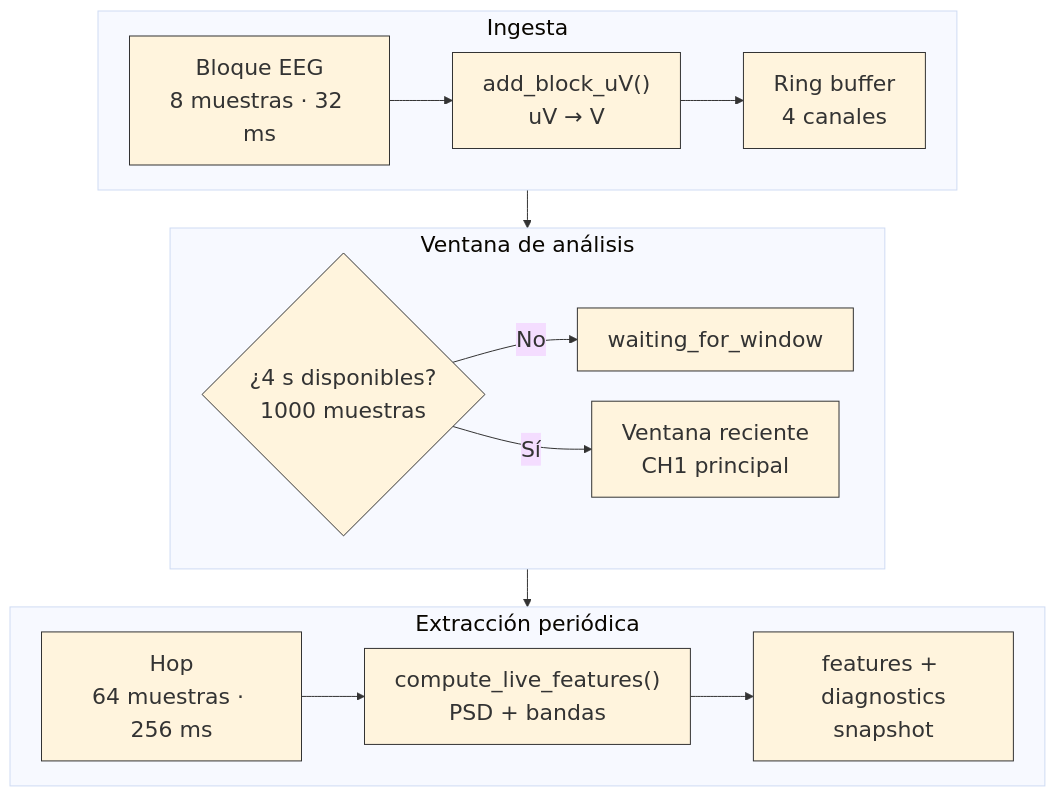
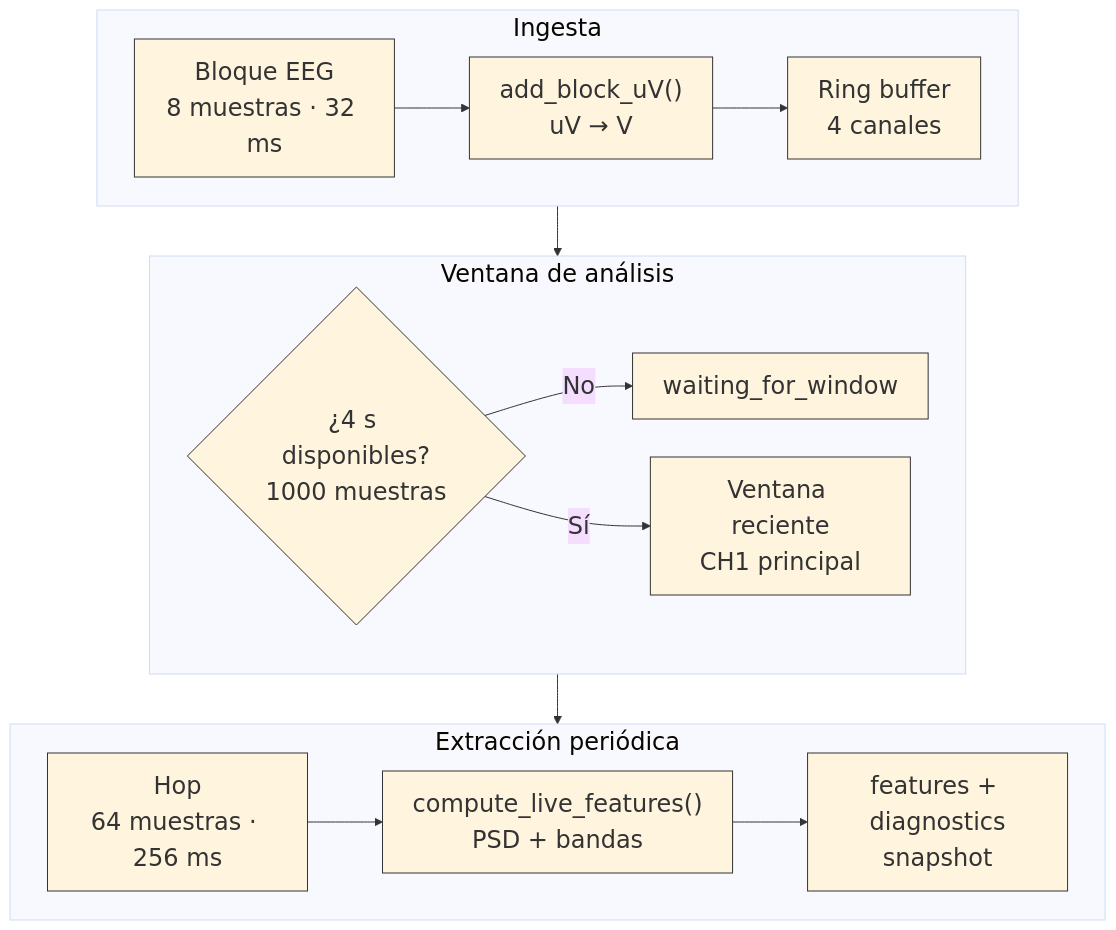
The diagram in TFG_EEG_MIDI/images/uml/impl_backend_buffer_ventana.mmd (valtorresm97/REDACCION-TFG), drawn with Mermaid before and after one commit.

Commit message:
Increase backend buffer diagram legibility

```diff
--- a/TFG_EEG_MIDI/images/uml/impl_backend_buffer_ventana.mmd
+++ b/TFG_EEG_MIDI/images/uml/impl_backend_buffer_ventana.mmd
@@ -1,22 +1,22 @@
-%%{init: {"theme": "base", "themeVariables": {"fontSize": "22px", "fontFamily": "Arial", "primaryBorderColor": "#333333", "lineColor": "#333333"}, "flowchart": {"htmlLabels": true, "nodeSpacing": 30, "rankSpacing": 38, "curve": "basis"}}}%%
+%%{init: {"theme": "base", "themeVariables": {"fontSize": "24px", "fontFamily": "Arial", "primaryBorderColor": "#333333", "lineColor": "#333333"}, "flowchart": {"htmlLabels": true, "nodeSpacing": 38, "rankSpacing": 50, "curve": "basis"}}}%%
 flowchart TB
   subgraph input["Ingesta"]
     direction LR
     block["Bloque EEG<br/>8 muestras · 32 ms"] --> convert["add_block_uV()<br/>uV → V"]
     convert --> ring["Ring buffer<br/>4 canales"]
   end
 
   subgraph window["Ventana de análisis"]
     direction LR
     ready{"¿4 s disponibles?<br/>1000 muestras"} -- "No" --> wait["waiting_for_window"]
     ready -- "Sí" --> ch1["Ventana reciente<br/>CH1 principal"]
   end
 
   subgraph features["Extracción periódica"]
     direction LR
     hop["Hop<br/>64 muestras · 256 ms"] --> live["compute_live_features()<br/>PSD + bandas"]
     live --> snap["features + diagnostics<br/>snapshot"]
   end
 
   ring --> ready
   ch1 --> hop
```
